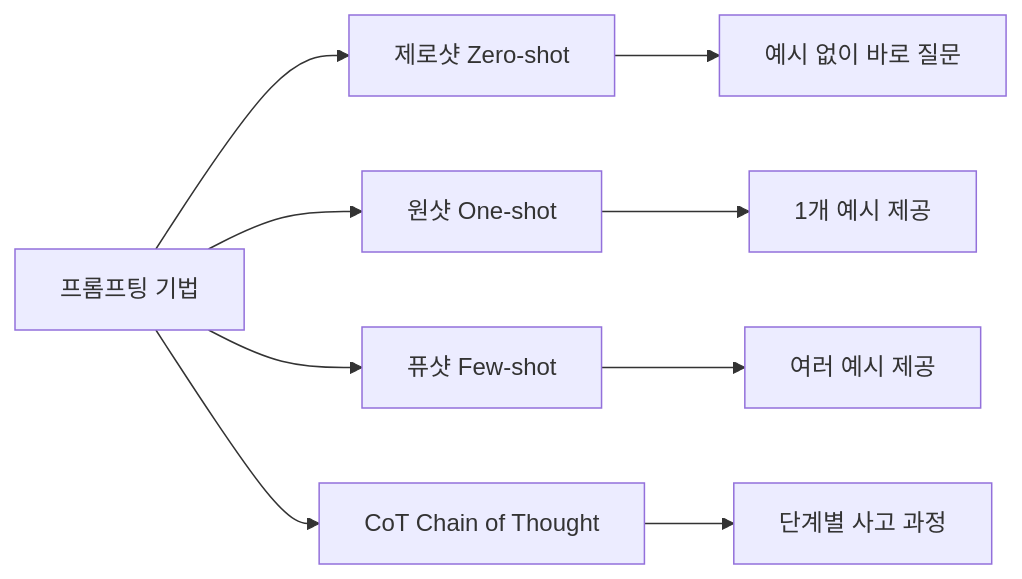
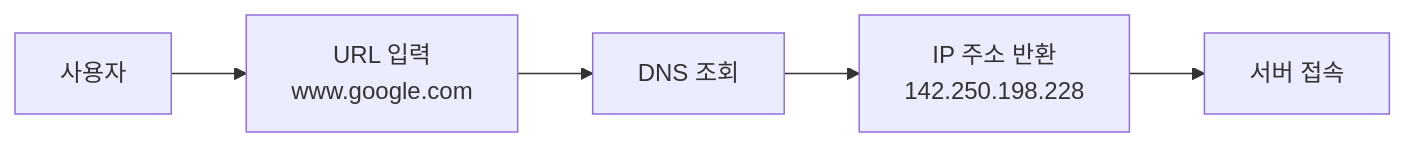
Before and after one commit to nugurejeil/weniVooks: the first of 2 diagrams in _md/essentials-vibecoding/chapter04/04-3.md, drawn with Mermaid. The commit also changed other lines of this file and 49 other files, not shown here.

````diff
--- a/_md/essentials-vibecoding/chapter04/04-3.md
+++ b/_md/essentials-vibecoding/chapter04/04-3.md
@@ -28,12 +13,7 @@
 ```mermaid
-graph LR
-    A["프롬프팅 기법"] --> B["제로샷 Zero-shot"]
-    A --> C["원샷 One-shot"]
-    A --> D["퓨샷 Few-shot"]
-    A --> E["CoT Chain of Thought"]
-
-    B --> B1["예시 없이 바로 질문"]
-    C --> C1["1개 예시 제공"]
-    D --> D1["여러 예시 제공"]
-    E --> E1["단계별 사고 과정"]
+flowchart LR
+    A["사용자"] --> B["URL 입력<br/>www.google.com"]
+    B --> C["DNS 조회"]
+    C --> D["IP 주소 반환<br/>142.250.198.228"]
+    D --> E["서버 접속"]
 ```
````
